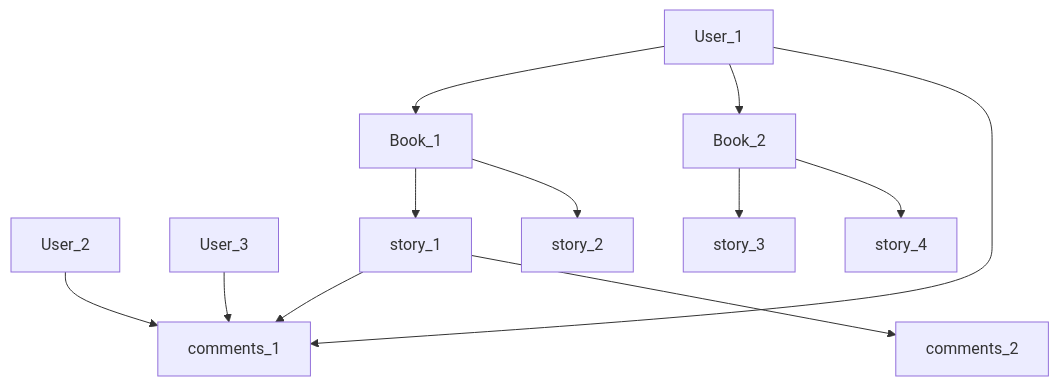
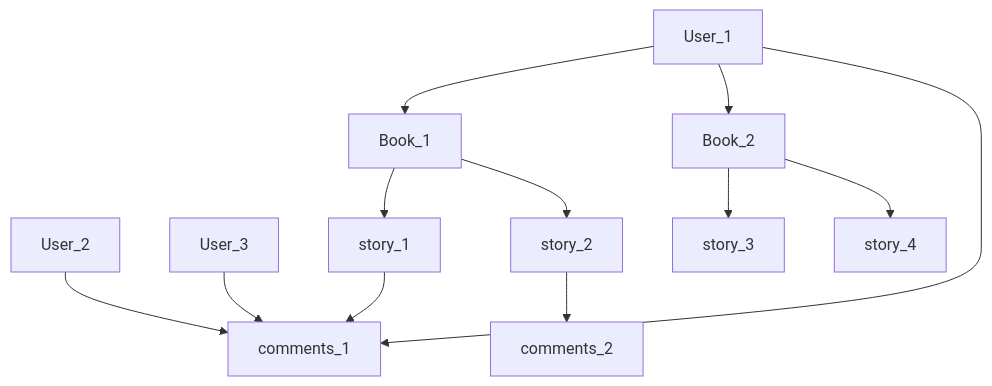
One commit to mbaqes/dbit changed the diagram in README.md. Above: the diagram before and after it, drawn with Mermaid.

````diff
--- a/README.md
+++ b/README.md
@@ -17,15 +17,15 @@
  ```mermaid
 graph TD;
     User_1-->Book_1;
     User_1-->Book_2;
     User_1-->comments_1;
     User_2-->comments_1
     User_3-->comments_1
     Book_1-->story_1;
     Book_1-->story_2;
     Book_2-->story_3;
     Book_2-->story_4;
     story_1-->comments_1;
-    story_1-->comments_2;
+    story_2-->comments_2;
    
 ```
````
